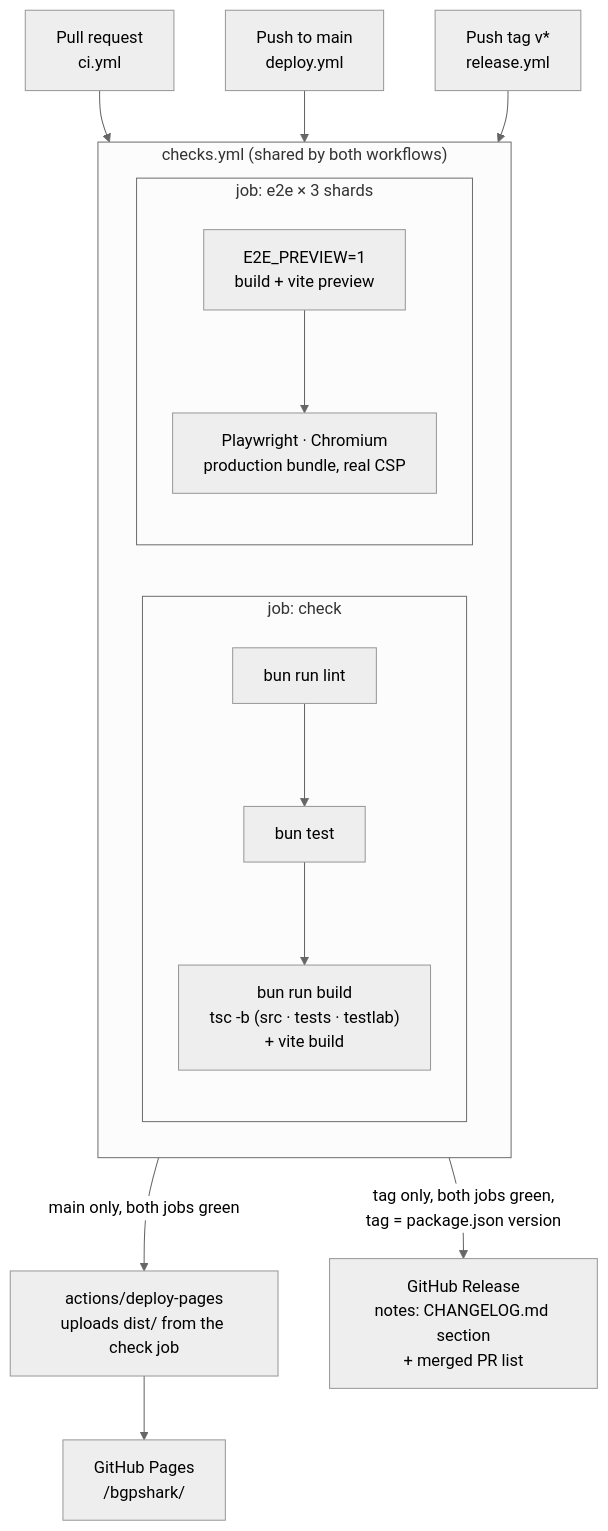
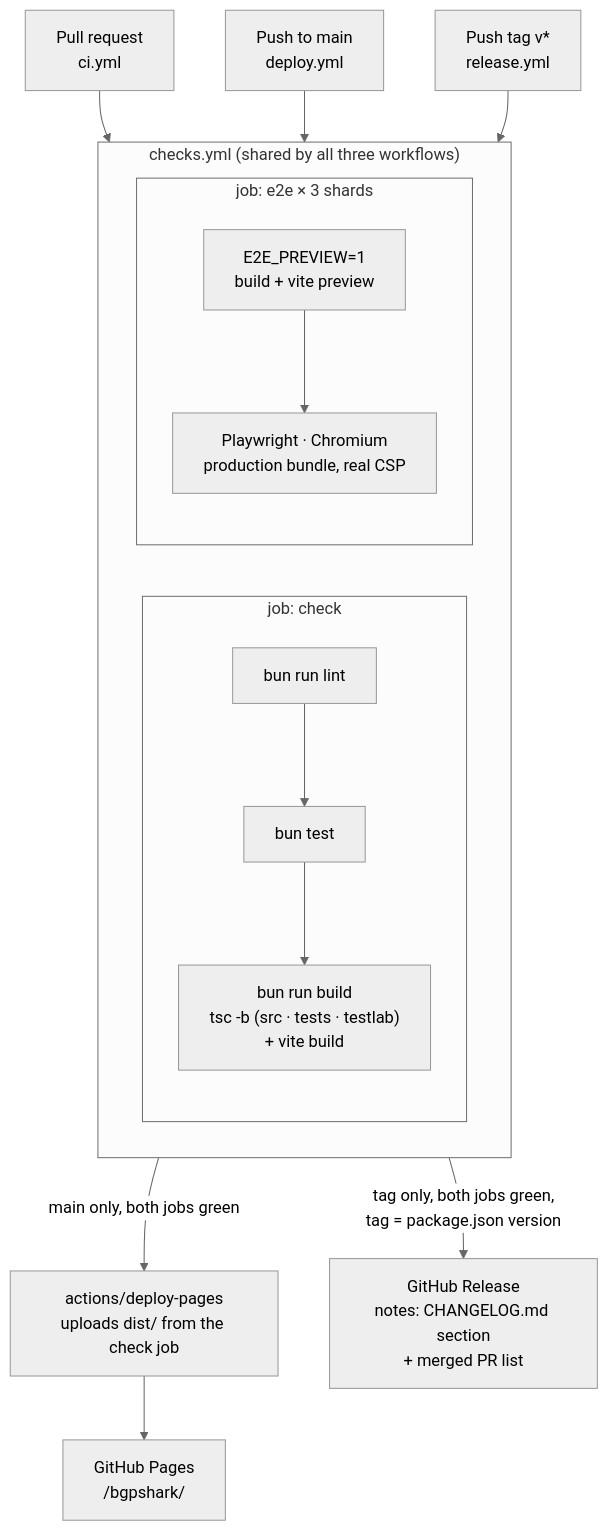
Diagram 13 of 13 in docs/architecture.md (shmuto/bgpshark), drawn with Mermaid (neutral theme) before and after one commit. The commit also changed other lines of this file and 8 other files, not shown here.

Commit message:
Docs: review and polish CLAUDE.md and architecture/design docs

````diff
--- a/docs/architecture.md
+++ b/docs/architecture.md
@@ -502,22 +502,22 @@
 ```mermaid
 flowchart TB
     pr["Pull request<br/>ci.yml"] --> checks
     push["Push to main<br/>deploy.yml"] --> checks
     tag["Push tag v*<br/>release.yml"] --> checks
 
-    subgraph checks["checks.yml (shared by both workflows)"]
+    subgraph checks["checks.yml (shared by all three workflows)"]
         direction LR
         subgraph job1["job: check"]
             direction TB
             lint["bun run lint"] --> unit["bun test"] --> build["bun run build<br/>tsc -b (src · tests · testlab)<br/>+ vite build"]
         end
         subgraph job2["job: e2e × 3 shards"]
             direction TB
             pbuild["E2E_PREVIEW=1<br/>build + vite preview"] --> pw["Playwright · Chromium<br/>production bundle, real CSP"]
         end
     end
 
     checks -- "main only, both jobs green" --> deploy["actions/deploy-pages<br/>uploads dist/ from the check job"]
     deploy --> gp["GitHub Pages<br/>/bgpshark/"]
     checks -- "tag only, both jobs green,<br/>tag = package.json version" --> rel["GitHub Release<br/>notes: CHANGELOG.md section<br/>+ merged PR list"]
 ```
````
